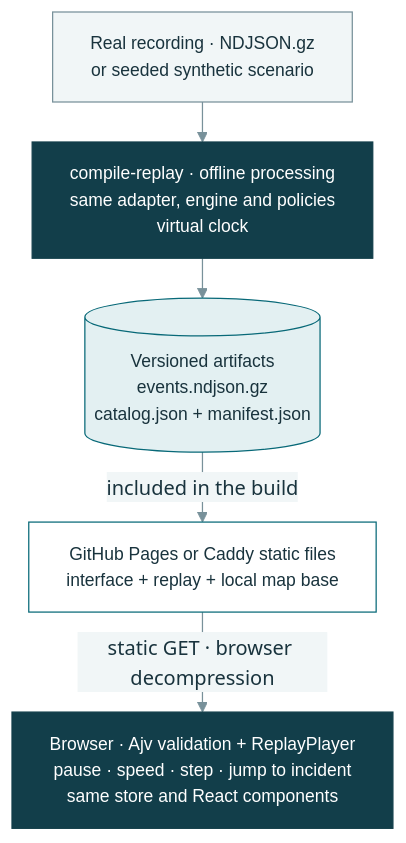
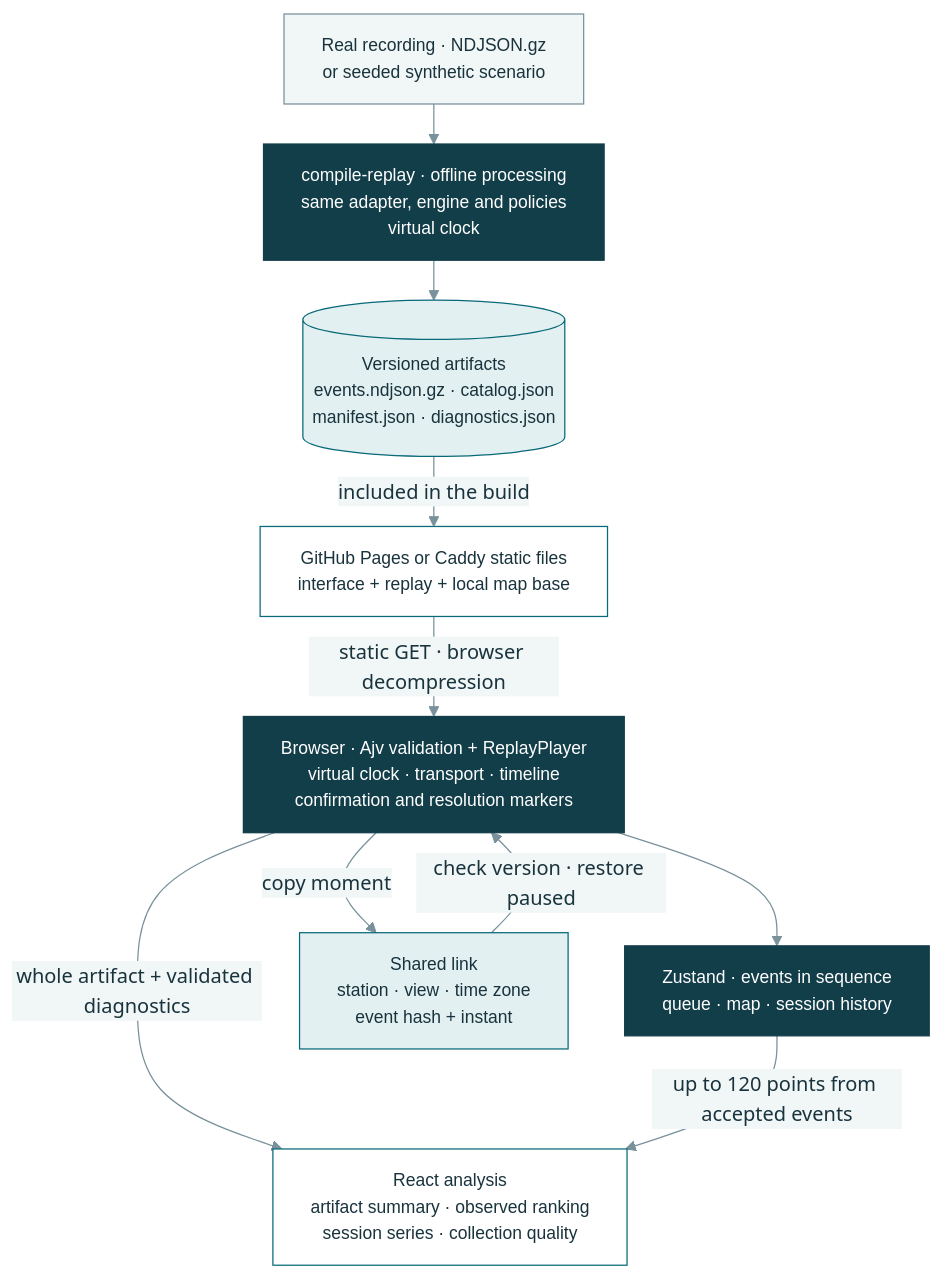
Before and after one commit to arthurjoanes/cycleops: the second of 2 diagrams in README.en.md, drawn with Mermaid. The commit also changed other lines of this file and 65 other files, not shown here.

````diff
--- a/README.en.md
+++ b/README.en.md
@@ -128,33 +137,41 @@
 ```mermaid
 ---
 config:
   theme: base
   themeVariables:
     fontFamily: Arial, sans-serif
     primaryTextColor: "#19333D"
     lineColor: "#78919A"
     clusterBkg: "#F1F6F7"
     clusterBorder: "#CBDCE0"
     edgeLabelBackground: "#F1F6F7"
   flowchart:
     wrappingWidth: 360
     nodeSpacing: 28
     rankSpacing: 32
     subGraphTitleMargin:
       top: 8
       bottom: 12
 ---
 flowchart TB
     Recording["Real recording · NDJSON.gz<br/>or seeded synthetic scenario"]:::source
     Compile["compile-replay · offline processing<br/>same adapter, engine and policies<br/>virtual clock"]:::core
-    Artifacts[("Versioned artifacts<br/>events.ndjson.gz<br/>catalog.json + manifest.json")]:::storage
+    Artifacts[("Versioned artifacts<br/>events.ndjson.gz · catalog.json<br/>manifest.json · diagnostics.json")]:::storage
     Hosting["GitHub Pages or Caddy static files<br/>interface + replay + local map base"]:::delivery
-    Player["Browser · Ajv validation + ReplayPlayer<br/>pause · speed · step · jump to incident<br/>same store and React components"]:::core
+    Player["Browser · Ajv validation + ReplayPlayer<br/>virtual clock · transport · timeline<br/>confirmation and resolution markers"]:::core
+    Store["Zustand · events in sequence<br/>queue · map · session history"]:::core
+    Analysis["React analysis<br/>artifact summary · observed ranking<br/>session series · collection quality"]:::delivery
+    Shared["Shared link<br/>station · view · time zone<br/>event hash + instant"]:::storage
     Recording --> Compile --> Artifacts
     Artifacts -->|"included in the build"| Hosting
     Hosting -->|"static GET · browser decompression"| Player
+    Player --> Store
+    Player -->|"whole artifact + validated diagnostics"| Analysis
+    Store -->|"up to 120 points from accepted events"| Analysis
+    Player -->|"copy moment"| Shared
+    Shared -->|"check version · restore paused"| Player
     classDef source font-family:Arial,font-size:14px,fill:#F1F6F7,stroke:#78919A,color:#19333D
     classDef core font-family:Arial,font-size:14px,fill:#123E4A,stroke:#123E4A,color:#FFFFFF
     classDef storage font-family:Arial,font-size:14px,fill:#E3F0F2,stroke:#086978,color:#19333D
     classDef delivery font-family:Arial,font-size:14px,fill:#FFFFFF,stroke:#086978,color:#19333D
 ```
````
